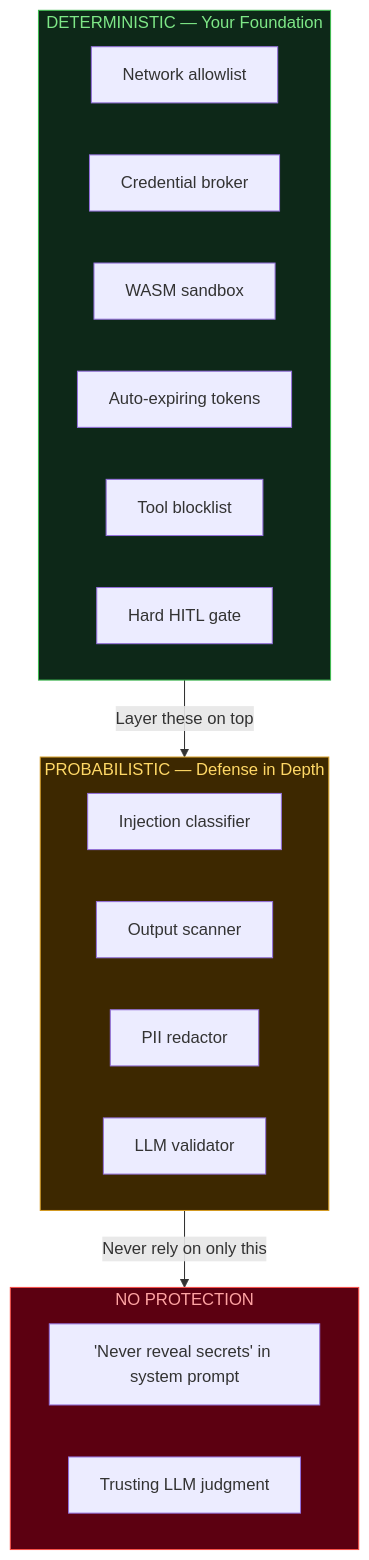
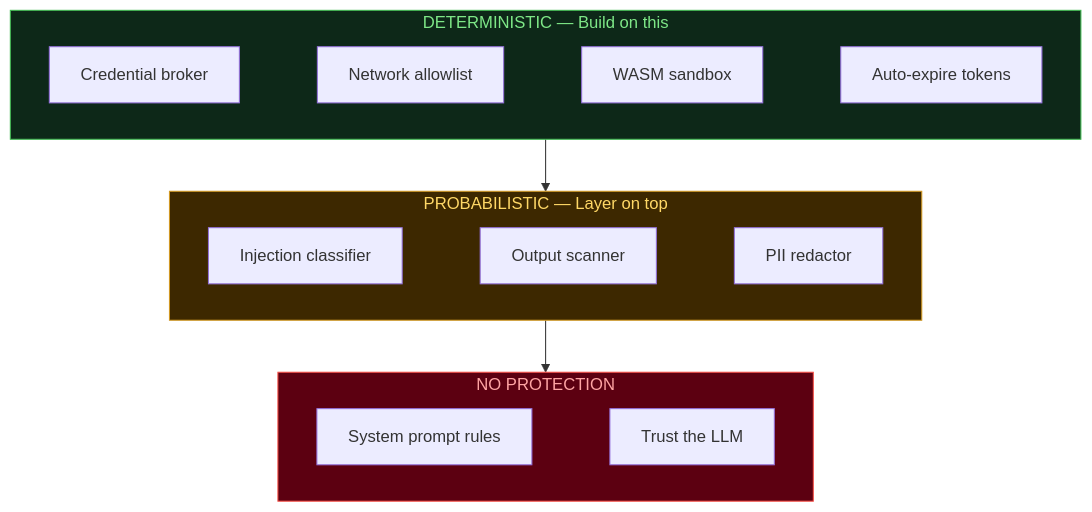
One commit to yayashuxue/awesome-ai-auth-credential-protection changed the second of 2 diagrams in README.md. Above: the diagram before and after it, drawn with Mermaid. The commit also changed other lines of this file, not shown here.

Commit message:
Balance README: keep diagrams + DET/PROB tables, link to interactive site for details. Fix Pages deploy.

````diff
--- a/README.md
+++ b/README.md
@@ -240,33 +96,19 @@
 ```mermaid
 graph TB
-    subgraph DET["DETERMINISTIC — Your Foundation"]
+    subgraph DET["DETERMINISTIC — Build on this"]
         direction LR
-        NET["Network allowlist"]
-        BROKER["Credential broker"]
-        SANDBOX["WASM sandbox"]
-        EXPIRE["Auto-expiring tokens"]
-        PERM["Tool blocklist"]
-        HITL["Hard HITL gate"]
+        A["Credential broker"] ~~~ B["Network allowlist"] ~~~ C["WASM sandbox"] ~~~ D["Auto-expire tokens"]
     end
-
-    subgraph PROB["PROBABILISTIC — Defense in Depth"]
+    subgraph PROB["PROBABILISTIC — Layer on top"]
         direction LR
-        GUARD["Injection classifier"]
-        SCAN["Output scanner"]
-        REDACT["PII redactor"]
-        VALID["LLM validator"]
+        E["Injection classifier"] ~~~ F["Output scanner"] ~~~ G["PII redactor"]
     end
-
     subgraph NONE["NO PROTECTION"]
         direction LR
-        PROMPT["'Never reveal secrets' in system prompt"]
-        TRUST["Trusting LLM judgment"]
+        H["System prompt rules"] ~~~ I["Trust the LLM"]
     end
-
-    DET -->|"Layer these on top"| PROB
-    PROB -->|"Never rely on only this"| NONE
-
+    DET --> PROB --> NONE
     style DET fill:#0d2818,stroke:#3fb950,color:#7ee787
     style PROB fill:#3d2800,stroke:#d29922,color:#ffd866
     style NONE fill:#5c0011,stroke:#f85149,color:#ffa4a4
 ```
````
